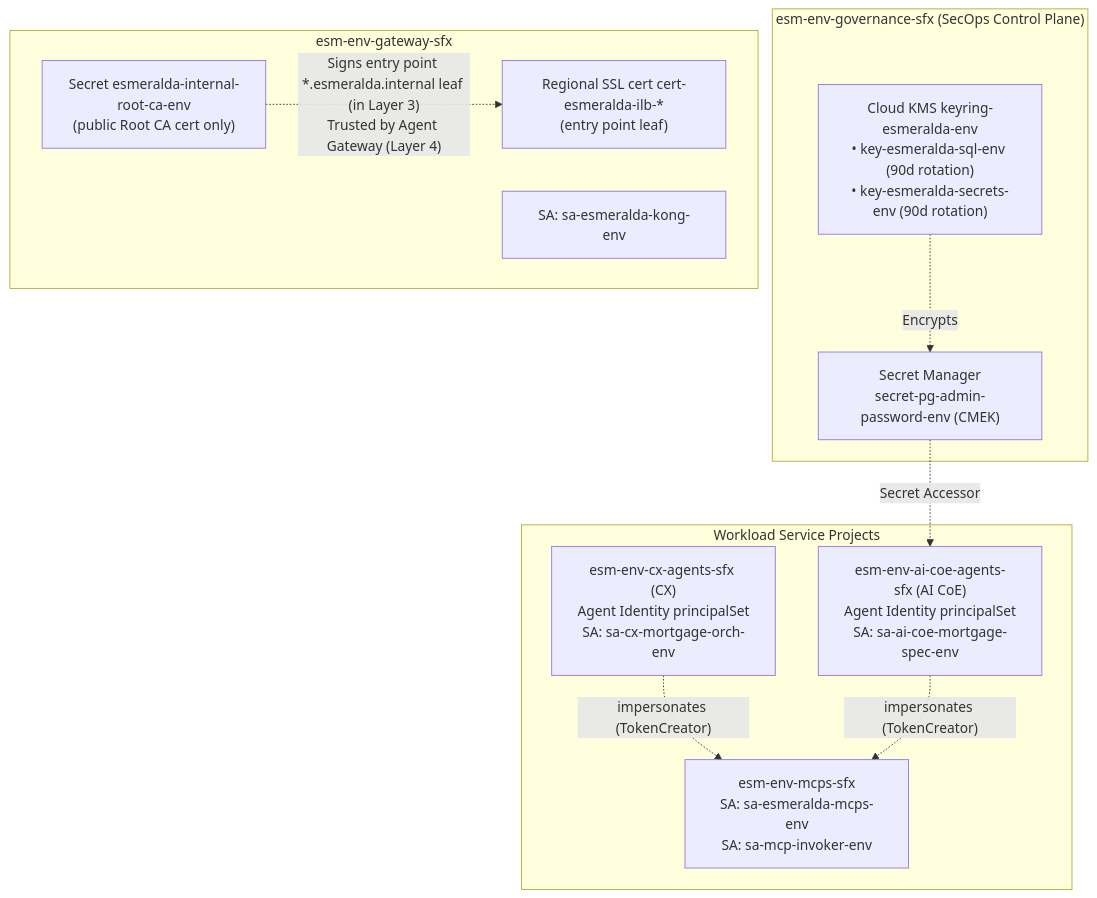
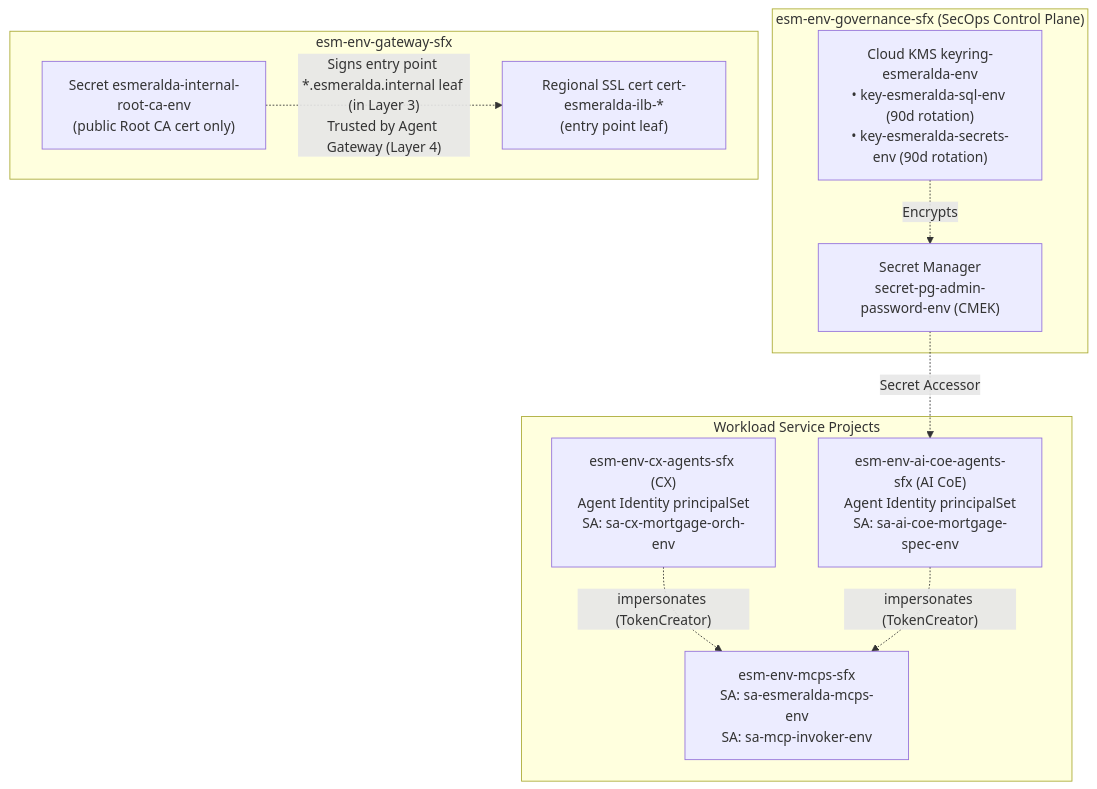
The diagram in docs/src/1-platform-foundations/03-security-iam-and-telemetry.md (google/esmeralda), drawn with Mermaid before and after one commit. The commit also changed other lines of this file and 93 other files, not shown here.

````diff
--- a/docs/src/1-platform-foundations/03-security-iam-and-telemetry.md
+++ b/docs/src/1-platform-foundations/03-security-iam-and-telemetry.md
@@ -67,25 +67,24 @@
 ```mermaid
 flowchart TD
     subgraph Gov["esm-env-governance-sfx (SecOps Control Plane)"]
         KMS["Cloud KMS keyring-esmeralda-env<br/>• key-esmeralda-sql-env (90d rotation)<br/>• key-esmeralda-secrets-env (90d rotation)"]
         Secrets["Secret Manager<br/>secret-pg-admin-password-env (CMEK)"]
     end
 
     subgraph GW["esm-env-gateway-sfx"]
         CA["Secret esmeralda-internal-root-ca-env<br/>(public Root CA cert only)"]
-        KongSA["SA: sa-esmeralda-kong-env"]
         Leaf["Regional SSL cert cert-esmeralda-ilb-*<br/>(entry point leaf)"]
     end
 
     subgraph Workloads["Workload Service Projects"]
         P_MCPS["esm-env-mcps-sfx<br/>SA: sa-esmeralda-mcps-env<br/>SA: sa-mcp-invoker-env"]
         P_AICOE["esm-env-ai-coe-agents-sfx (AI CoE)<br/>Agent Identity principalSet<br/>SA: sa-ai-coe-mortgage-spec-env"]
         P_CX["esm-env-cx-agents-sfx (CX)<br/>Agent Identity principalSet<br/>SA: sa-cx-mortgage-orch-env"]
     end
 
     KMS -.->|Encrypts| Secrets
     Secrets -.->|Secret Accessor| P_AICOE
     P_CX -.->|"impersonates (TokenCreator)"| P_MCPS
     P_AICOE -.->|"impersonates (TokenCreator)"| P_MCPS
     CA -.->|"Signs entry point *.esmeralda.internal leaf (in Layer 3)<br/>Trusted by Agent Gateway (Layer 4)"| Leaf
 ```
````
